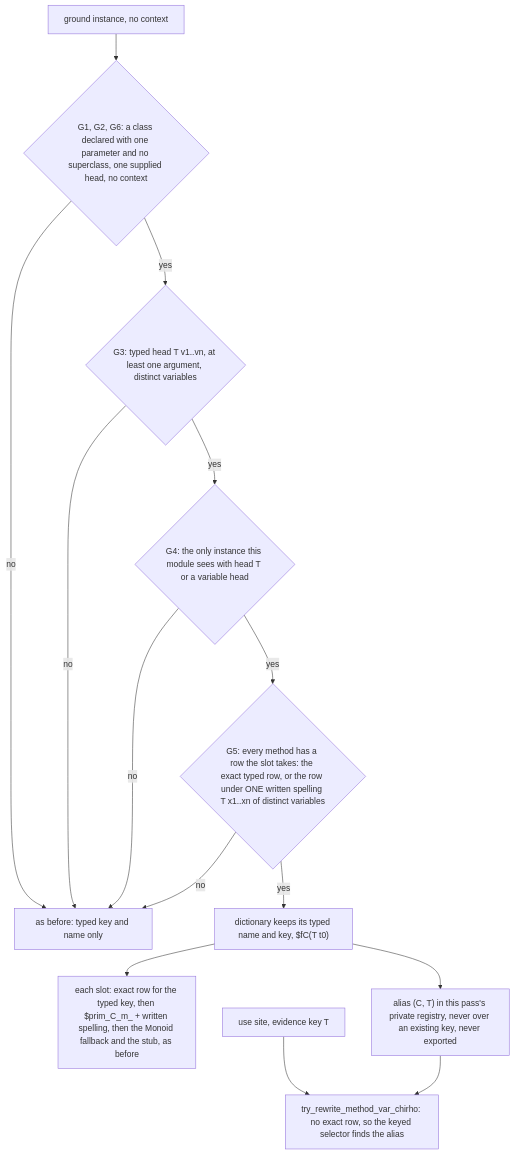
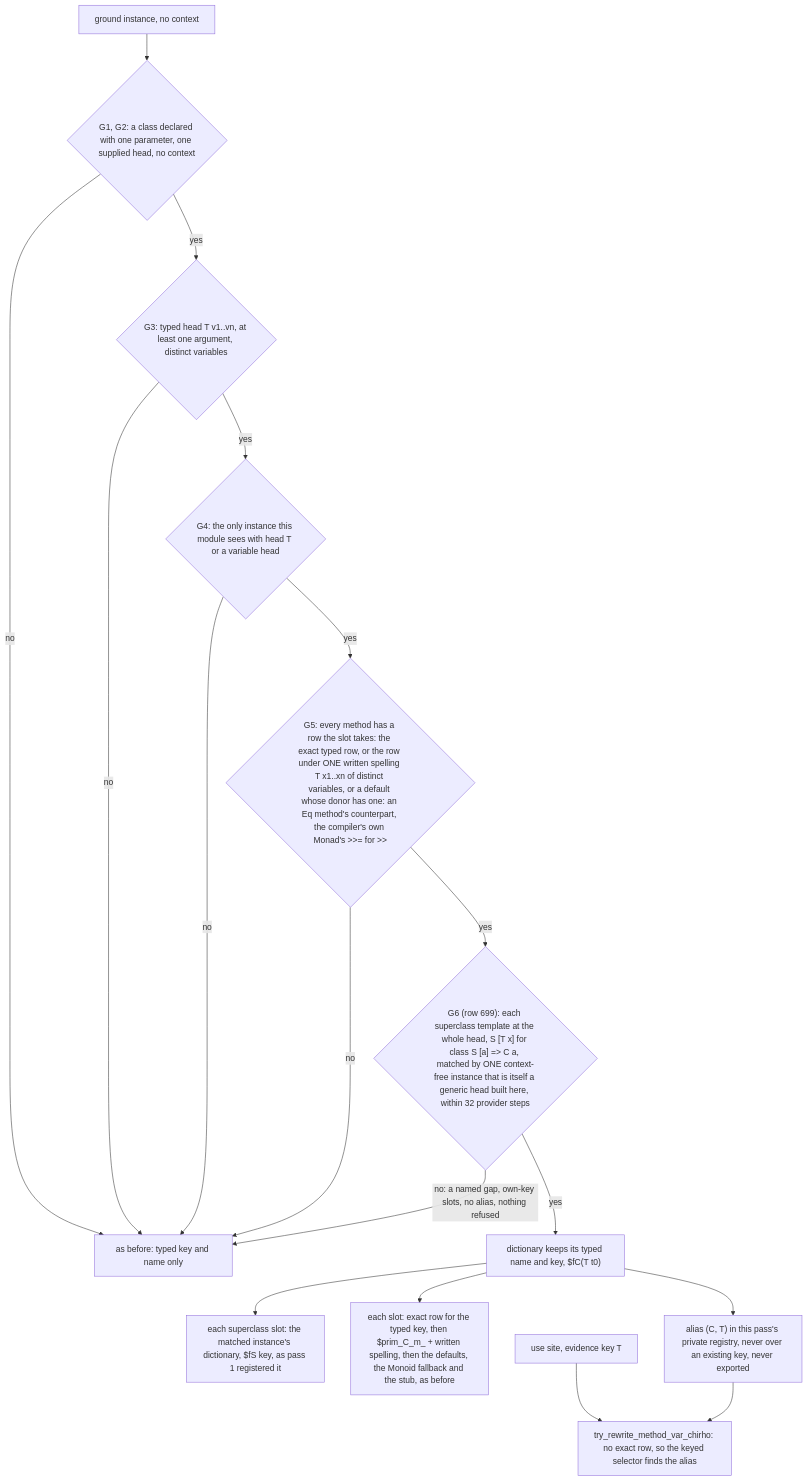
Diagram 12 of 19 in spec-chirho/workflows-chirho/language-features-chirho/dictionary-evidence-chirho.md (loveJesus/haskelujah-chirho), drawn with Mermaid before and after one commit. The commit also changed other lines of this file and 10 other files, not shown here.

````diff
--- a/spec-chirho/workflows-chirho/language-features-chirho/dictionary-evidence-chirho.md
+++ b/spec-chirho/workflows-chirho/language-features-chirho/dictionary-evidence-chirho.md
@@ -814,16 +814,19 @@
 ```mermaid
 flowchart TD
-    inst_chirho[ground instance, no context] --> g1_chirho{G1, G2, G6: a class declared with one parameter and no superclass, one supplied head, no context}
+    inst_chirho[ground instance, no context] --> g1_chirho{G1, G2: a class declared with one parameter, one supplied head, no context}
     g1_chirho -- no --> typed_chirho[as before: typed key and name only]
     g1_chirho -- yes --> g3_chirho{G3: typed head T v1..vn, at least one argument, distinct variables}
     g3_chirho -- no --> typed_chirho
     g3_chirho -- yes --> g4_chirho{G4: the only instance this module sees with head T or a variable head}
     g4_chirho -- no --> typed_chirho
-    g4_chirho -- yes --> g5_chirho{G5: every method has a row the slot takes: the exact typed row, or the row under ONE written spelling T x1..xn of distinct variables}
+    g4_chirho -- yes --> g5_chirho{G5: every method has a row the slot takes: the exact typed row, or the row under ONE written spelling T x1..xn of distinct variables, or a default whose donor has one: an Eq method's counterpart, the compiler's own Monad's >>= for >>}
     g5_chirho -- no --> typed_chirho
-    g5_chirho -- yes --> dict_chirho["dictionary keeps its typed name and key, $fC(T t0)"]
-    dict_chirho --> slot_chirho["each slot: exact row for the typed key, then $prim_C_m_ + written spelling, then the Monoid fallback and the stub, as before"]
+    g5_chirho -- yes --> g6_chirho{"G6 (row 699): each superclass template at the whole head, S [T x] for class S [a] => C a, matched by ONE context-free instance that is itself a generic head built here, within 32 provider steps"}
+    g6_chirho -- "no: a named gap, own-key slots, no alias, nothing refused" --> typed_chirho
+    g6_chirho -- yes --> dict_chirho["dictionary keeps its typed name and key, $fC(T t0)"]
+    dict_chirho --> supers_chirho["each superclass slot: the matched instance's dictionary, $fS key, as pass 1 registered it"]
+    dict_chirho --> slot_chirho["each slot: exact row for the typed key, then $prim_C_m_ + written spelling, then the defaults, the Monoid fallback and the stub, as before"]
     dict_chirho --> alias_chirho["alias (C, T) in this pass's private registry, never over an existing key, never exported"]
     use_chirho[use site, evidence key T] --> selector_chirho[try_rewrite_method_var_chirho: no exact row, so the keyed selector finds the alias]
     alias_chirho --> selector_chirho
 ```
````
